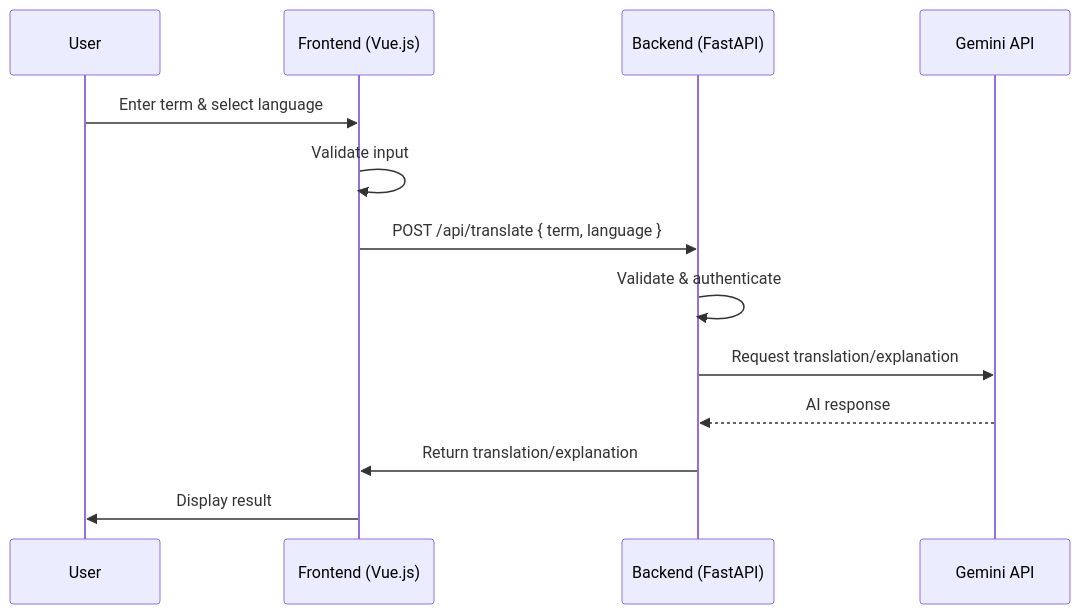
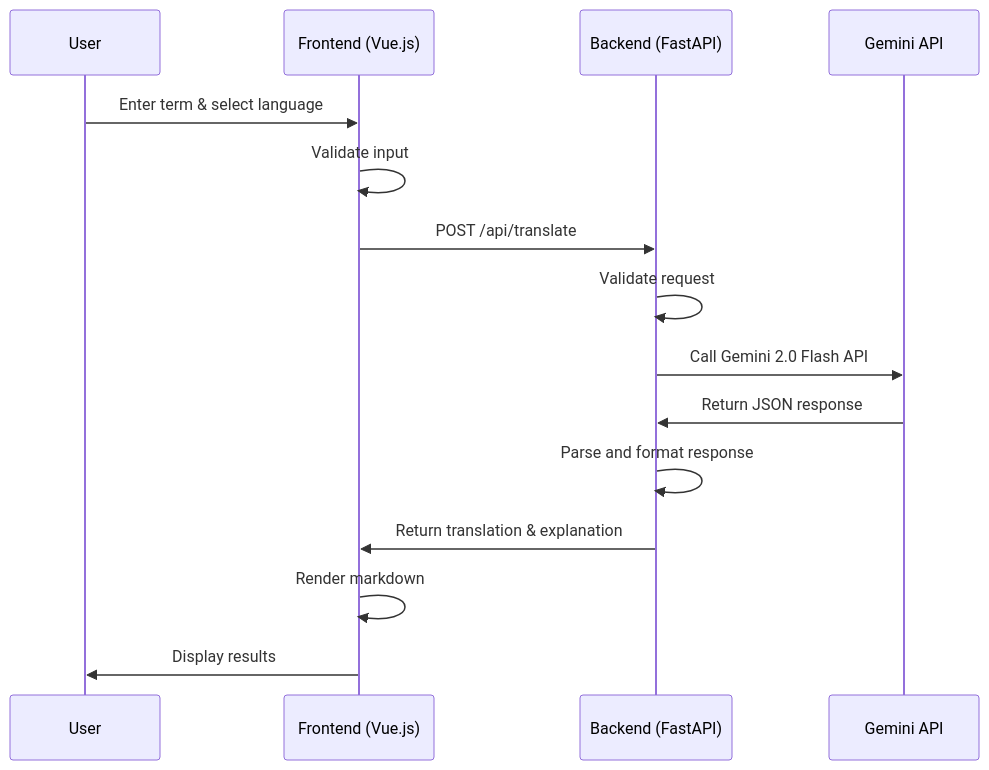
The diagram in docs/technical-design.md (yc3136/vocabloom), drawn with Mermaid before and after one commit. The commit also changed other lines of this file and 1 other file, not shown here.

````diff
--- a/docs/technical-design.md
+++ b/docs/technical-design.md
@@ -126,16 +126,18 @@
 ```mermaid
 sequenceDiagram
     participant U as User
     participant F as Frontend (Vue.js)
     participant B as Backend (FastAPI)
     participant G as Gemini API
 
     U->>F: Enter term & select language
     F->>F: Validate input
-    F->>B: POST /api/translate { term, language }
-    B->>B: Validate & authenticate
-    B->>G: Request translation/explanation
-    G-->>B: AI response
-    B->>F: Return translation/explanation
-    F->>U: Display result
+    F->>B: POST /api/translate
+    B->>B: Validate request
+    B->>G: Call Gemini 2.0 Flash API
+    G->>B: Return JSON response
+    B->>B: Parse and format response
+    B->>F: Return translation & explanation
+    F->>F: Render markdown
+    F->>U: Display results
 ```
````
